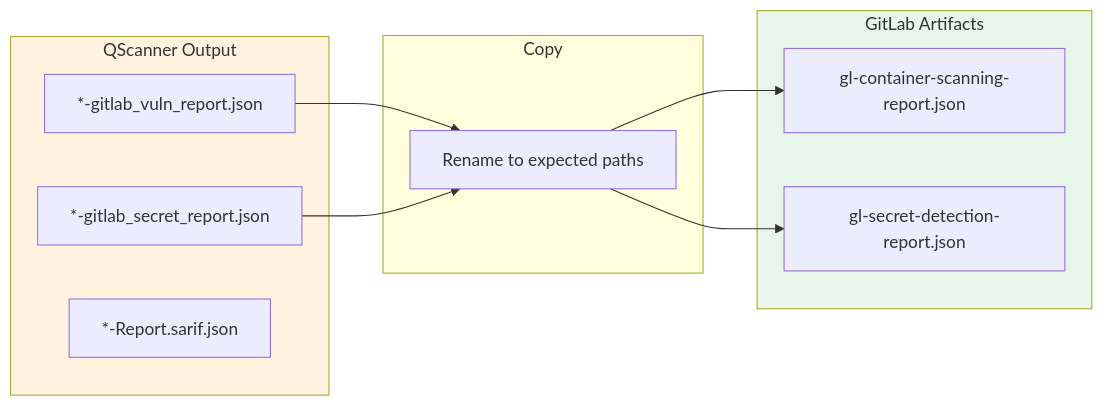
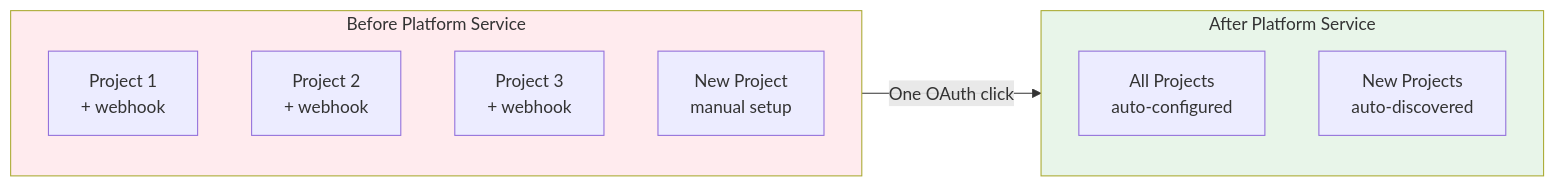
One commit to nelssec/qualys-gitlab changed the eighth of 9 diagrams in docs/blog-technical-architecture.md. Above: the diagram before and after it, drawn with Mermaid. The commit also changed other lines of this file and 43 other files, not shown here.

````diff
--- a/docs/blog-technical-architecture.md
+++ b/docs/blog-technical-architecture.md
@@ -200,23 +408,19 @@
 ```mermaid
 flowchart LR
-    subgraph qscanner["QScanner Output"]
-        gitlab_vuln["*-gitlab_vuln_report.json"]
-        gitlab_secret["*-gitlab_secret_report.json"]
-        sarif["*-Report.sarif.json"]
+    subgraph before["Before Platform Service"]
+        P1["Project 1<br/>+ webhook"]
+        P2["Project 2<br/>+ webhook"]
+        P3["Project 3<br/>+ webhook"]
+        NEW["New Project<br/>manual setup"]
     end
 
-    subgraph copy["Copy"]
-        rename["Rename to expected paths"]
+    subgraph after["After Platform Service"]
+        ALL["All Projects<br/>auto-configured"]
+        AUTO["New Projects<br/>auto-discovered"]
     end
 
-    subgraph artifacts["GitLab Artifacts"]
-        container["gl-container-scanning-report.json"]
-        secret["gl-secret-detection-report.json"]
-    end
+    before -->|"One OAuth click"| after
 
-    gitlab_vuln --> rename --> container
-    gitlab_secret --> rename --> secret
-
-    style qscanner fill:#fff3e0
-    style artifacts fill:#e8f5e9
+    style before fill:#ffebee
+    style after fill:#e8f5e9
 ```
````
